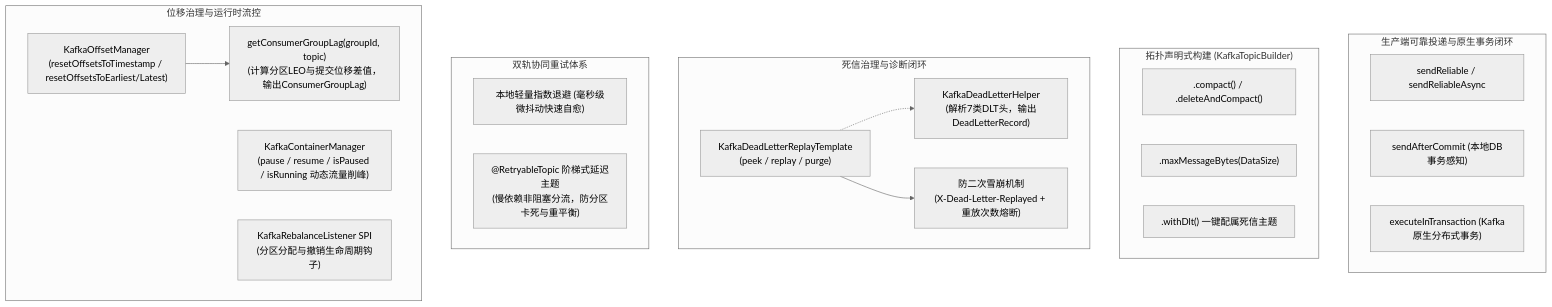
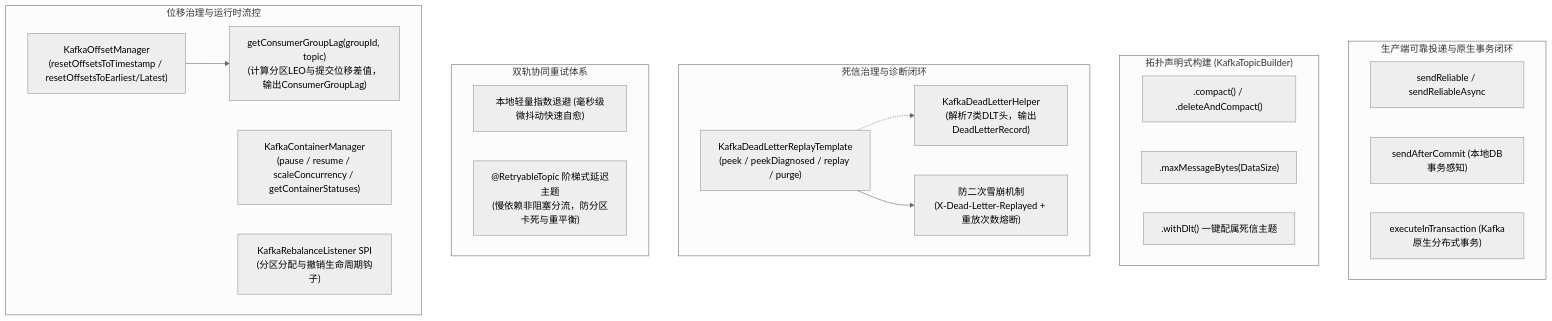
One commit to atengk/ateng-boot changed the diagram in docs/adr/0065-kafka-full-scenario-hardening-dead-letter-replay-and-offset-governance-architecture.md. Above: the diagram before and after it, drawn with Mermaid (neutral theme). The commit also changed other lines of this file and 5 other files, not shown here.

````diff
--- a/docs/adr/0065-kafka-full-scenario-hardening-dead-letter-replay-and-offset-governance-architecture.md
+++ b/docs/adr/0065-kafka-full-scenario-hardening-dead-letter-replay-and-offset-governance-architecture.md
@@ -33,35 +33,35 @@
 ```mermaid
 flowchart TD
     subgraph ProducerDomain["生产端可靠投递与原生事务闭环"]
         ReliableSend["sendReliable / sendReliableAsync"]
         TxSend["sendAfterCommit (本地DB事务感知)"]
         NativeTx["executeInTransaction (Kafka原生分布式事务)"]
     end
 
     subgraph TopologyDomain["拓扑声明式构建 (KafkaTopicBuilder)"]
         CompactDSL[".compact() / .deleteAndCompact()"]
         PayloadLimit[".maxMessageBytes(DataSize)"]
         DltDSL[".withDlt() 一键配属死信主题"]
     end
 
     subgraph DeadLetterGovernance["死信治理与诊断闭环"]
-        DltHelper["KafkaDeadLetterHelper<br>(解析7类DLT头，输出DeadLetterRecord)"]
-        DltReplay["KafkaDeadLetterReplayTemplate<br>(peek / replay / purge)"]
+        KafkaDltHelper["KafkaDeadLetterHelper<br>(解析7类DLT头，输出DeadLetterRecord)"]
+        DltReplay["KafkaDeadLetterReplayTemplate<br>(peek / peekDiagnosed / replay / purge)"]
         AntiAvalanche["防二次雪崩机制<br>(X-Dead-Letter-Replayed + 重放次数熔断)"]
         DltReplay --> AntiAvalanche
-        DltReplay -.-> DltHelper
+        DltReplay -.-> KafkaDltHelper
     end
 
     subgraph RetryDomain["双轨协同重试体系"]
         LocalRetry["本地轻量指数退避 (毫秒级微抖动快速自愈)"]
         NonBlockingRetry["@RetryableTopic 阶梯式延迟主题<br>(慢依赖非阻塞分流，防分区卡死与重平衡)"]
     end
 
     subgraph OpsAndControl["位移治理与运行时流控"]
         OffsetMgr["KafkaOffsetManager<br>(resetOffsetsToTimestamp / resetOffsetsToEarliest/Latest)"]
         LagDetect["getConsumerGroupLag(groupId, topic)<br>(计算分区LEO与提交位移差值，输出ConsumerGroupLag)"]
-        ContainerMgr["KafkaContainerManager<br>(pause / resume / isPaused / isRunning 动态流量削峰)"]
+        ContainerMgr["KafkaContainerManager<br>(pause / resume / scaleConcurrency / getContainerStatuses)"]
         RebalanceSPI["KafkaRebalanceListener SPI<br>(分区分配与撤销生命周期钩子)"]
         OffsetMgr --> LagDetect
     end
 ```
````
